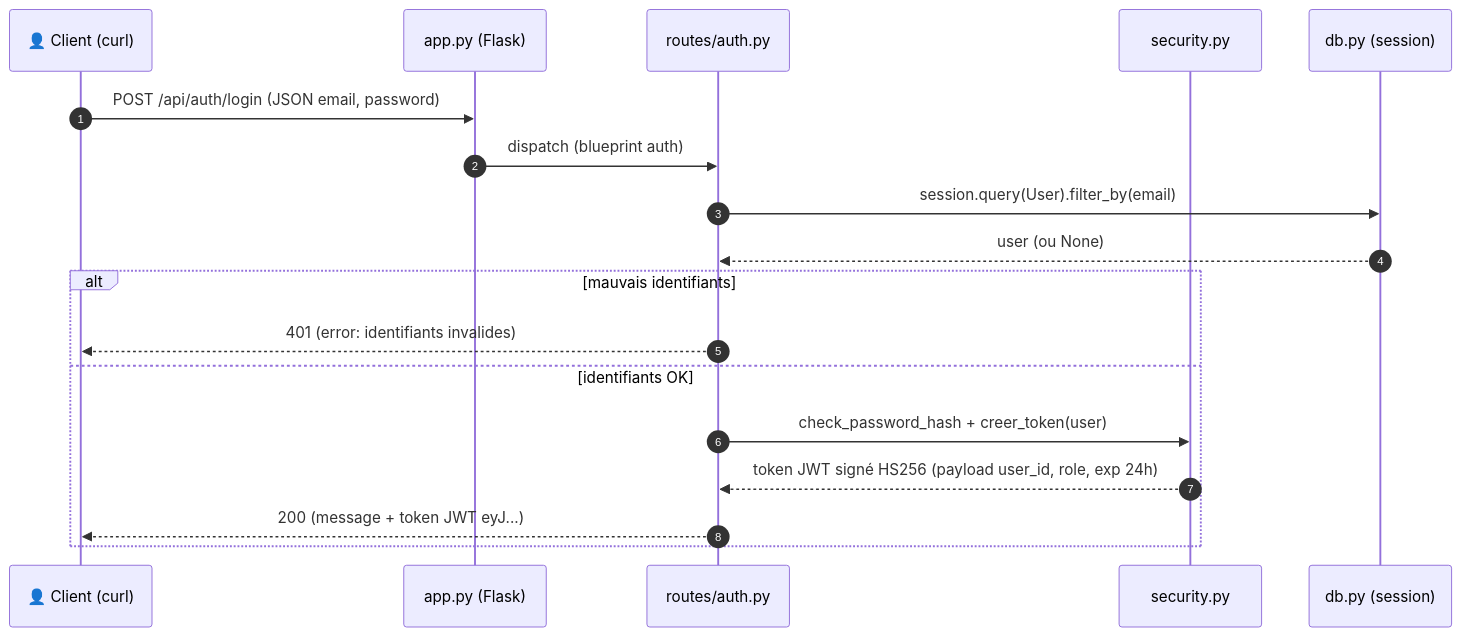
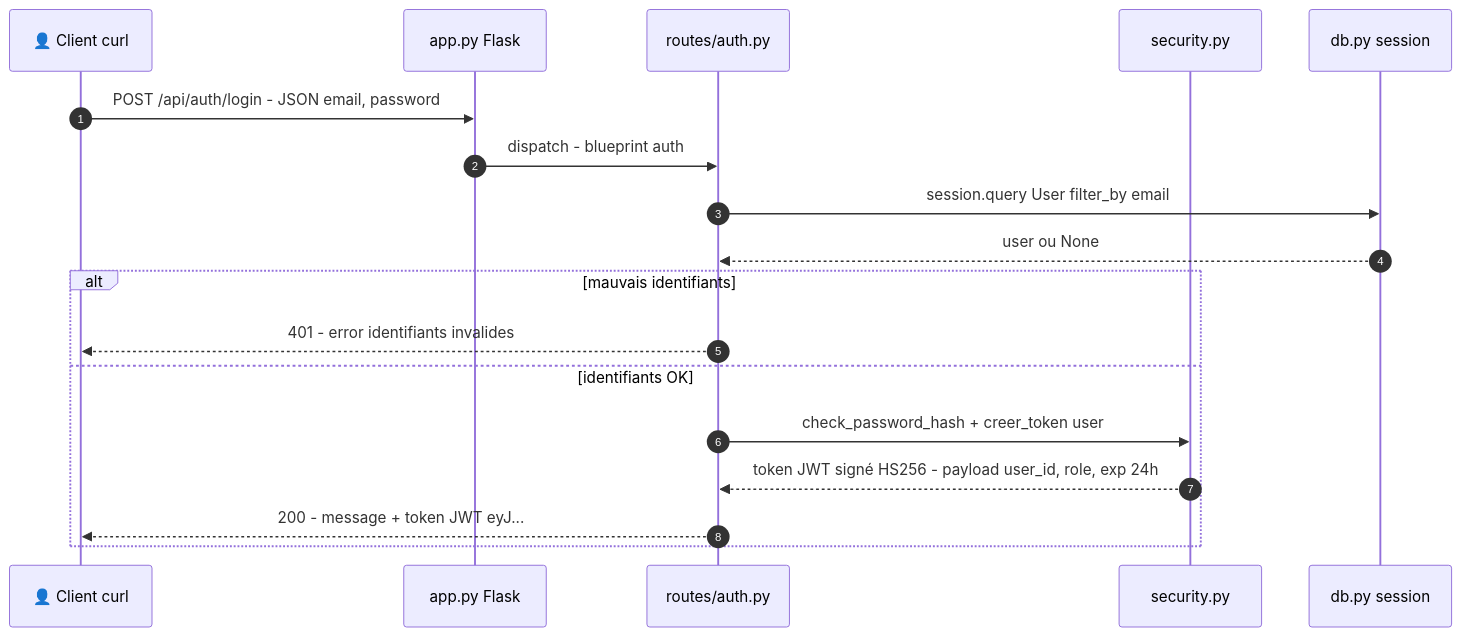
The seventh of 8 diagrams in docs/uml-projet.md (ericlacombe/mon-projet-handson-python), drawn with Mermaid before and after one commit. The commit also changed other lines of this file, not shown here.

Commit message:
docs(uml-projet.md) : supprime toutes les parenthèses des étiquettes Mermaid (flowchart/séquence/états) pour un rendu GitHub garanti

````diff
--- a/docs/uml-projet.md
+++ b/docs/uml-projet.md
@@ -278,21 +278,21 @@
 ```mermaid
 %% LÉGENDE séquence UML : lignes verticales = lignes de vie · flèche pleine = appel synchrone · flèche retour pointillée = réponse · autonumber = ordre des messages
 sequenceDiagram
     autonumber
-    participant C as 👤 Client (curl)
-    participant F as app.py (Flask)
+    participant C as 👤 Client curl
+    participant F as app.py Flask
     participant R as routes/auth.py
     participant S as security.py
-    participant D as db.py (session)
-    C->>F: POST /api/auth/login (JSON email, password)
-    F->>R: dispatch (blueprint auth)
-    R->>D: session.query(User).filter_by(email)
-    D-->>R: user (ou None)
+    participant D as db.py session
+    C->>F: POST /api/auth/login - JSON email, password
+    F->>R: dispatch - blueprint auth
+    R->>D: session.query User filter_by email
+    D-->>R: user ou None
     alt mauvais identifiants
-        R-->>C: 401 (error: identifiants invalides)
+        R-->>C: 401 - error identifiants invalides
     else identifiants OK
-        R->>S: check_password_hash + creer_token(user)
-        S-->>R: token JWT signé HS256 (payload user_id, role, exp 24h)
-        R-->>C: 200 (message + token JWT eyJ...)
+        R->>S: check_password_hash + creer_token user
+        S-->>R: token JWT signé HS256 - payload user_id, role, exp 24h
+        R-->>C: 200 - message + token JWT eyJ...
     end
 ```
````
